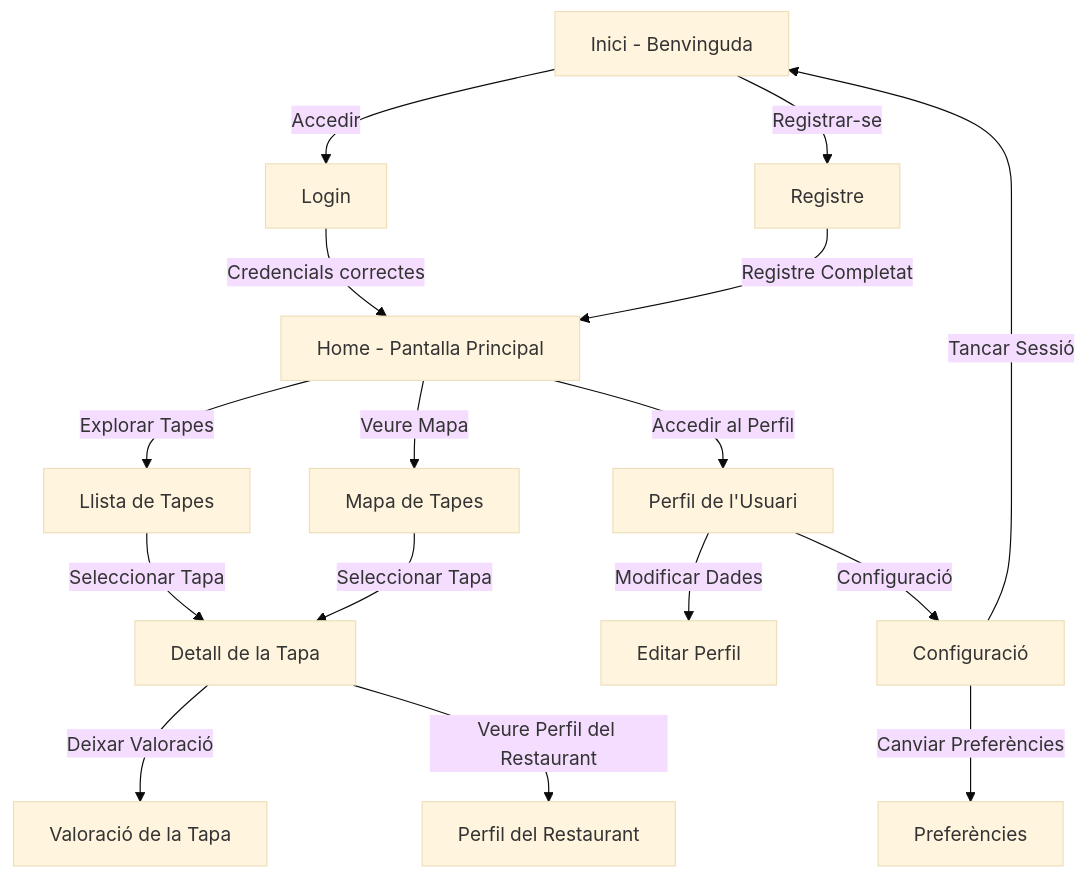
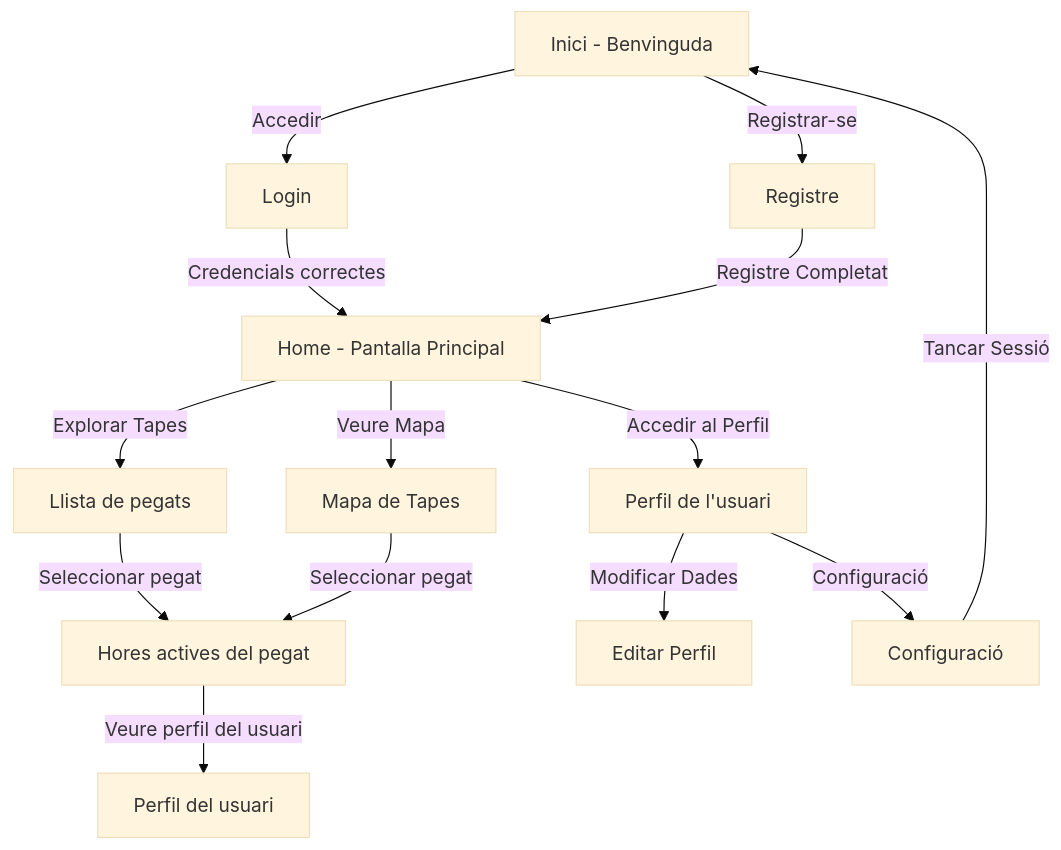
One commit to maraagm/TapatApp changed the diagram in diagramPestanyes.mmd. Above: the diagram before and after it, drawn with Mermaid (base theme).

```diff
--- a/diagramPestanyes.mmd
+++ b/diagramPestanyes.mmd
@@ -1,16 +1,14 @@
 flowchart TD
     A[Inici - Benvinguda] -->|Accedir| B[Login]
     A -->|Registrar-se| C[Registre]
     B -->|Credencials correctes| D[Home - Pantalla Principal]
     C -->|Registre Completat| D
-    D -->|Explorar Tapes| E[Llista de Tapes]
+    D -->|Explorar Tapes| E[Llista de pegats]
     D -->|Veure Mapa| F[Mapa de Tapes]
-    E -->|Seleccionar Tapa| G[Detall de la Tapa]
-    F -->|Seleccionar Tapa| G
-    G -->|Deixar Valoració| H[Valoració de la Tapa]
-    G -->|Veure Perfil del Restaurant| I[Perfil del Restaurant]
-    D -->|Accedir al Perfil| J[Perfil de l'Usuari]
+    E -->|Seleccionar pegat| G[Hores actives del pegat]
+    F -->|Seleccionar pegat| G
+    G -->|Veure perfil del usuari| I[Perfil del usuari]
+    D -->|Accedir al Perfil| J[Perfil de l'usuari]
     J -->|Modificar Dades| K[Editar Perfil]
     J -->|Configuració| L[Configuració]
-    L -->|Canviar Preferències| M[Preferències]
     L -->|Tancar Sessió| A
```
